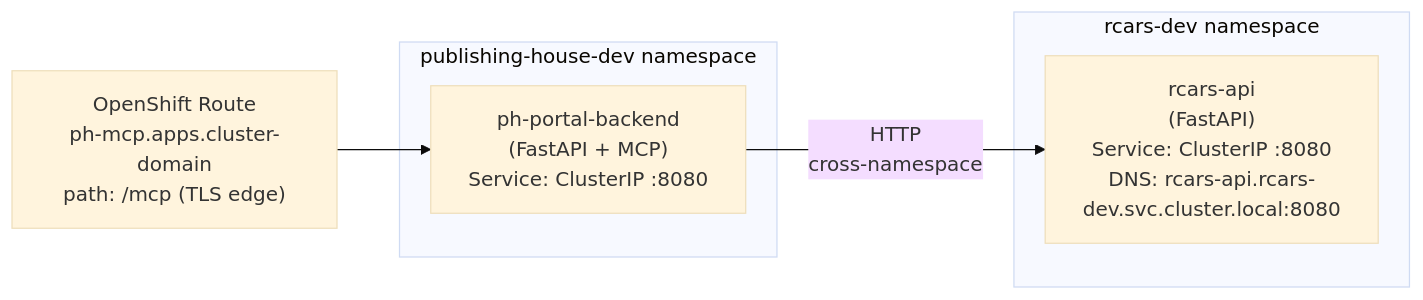
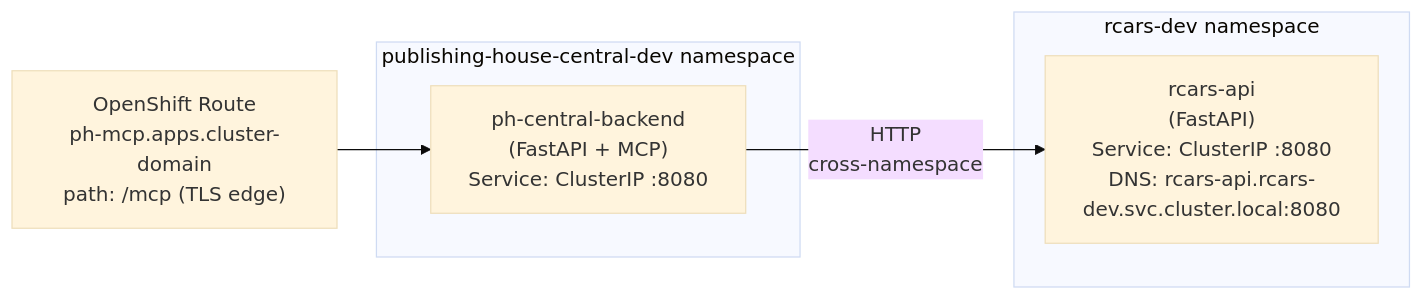
Before and after one commit to treddy08/rhdp-publishing-house: the second of 2 diagrams in docs/architecture/rcars-integration.md, drawn with Mermaid (base theme). The commit also changed other lines of this file and 14 other files, not shown here.

First line of the commit message:
docs: Complete Portal→Central rename across all documentation

````diff
--- a/docs/architecture/rcars-integration.md
+++ b/docs/architecture/rcars-integration.md
@@ -66,14 +66,14 @@
 ```mermaid
 graph LR
     ExtRoute["OpenShift Route<br/>ph-mcp.apps.cluster-domain<br/>path: /mcp (TLS edge)"] --> BE
 
-    subgraph NS1["publishing-house-dev namespace"]
-        BE["ph-portal-backend<br/>(FastAPI + MCP)<br/>Service: ClusterIP :8080"]
+    subgraph NS1["publishing-house-central-dev namespace"]
+        BE["ph-central-backend<br/>(FastAPI + MCP)<br/>Service: ClusterIP :8080"]
     end
 
     BE -->|"HTTP<br/>cross-namespace"| RCARS
 
     subgraph NS2["rcars-dev namespace"]
         RCARS["rcars-api<br/>(FastAPI)<br/>Service: ClusterIP :8080<br/>DNS: rcars-api.rcars-dev.svc.cluster.local:8080"]
     end
 ```
````
